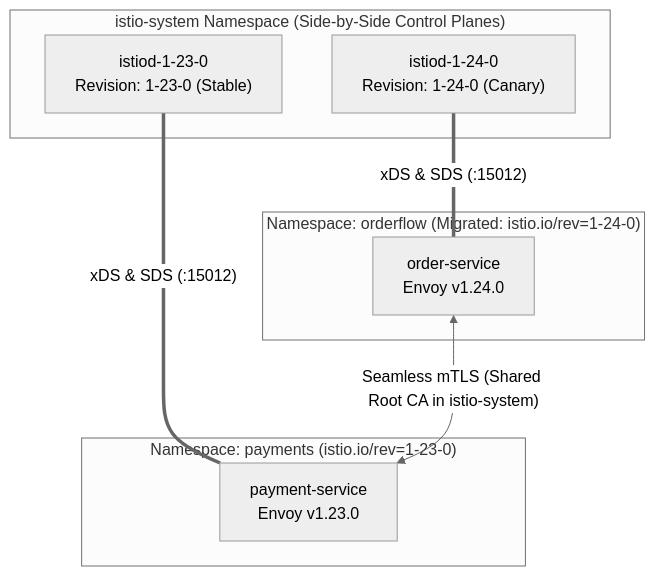
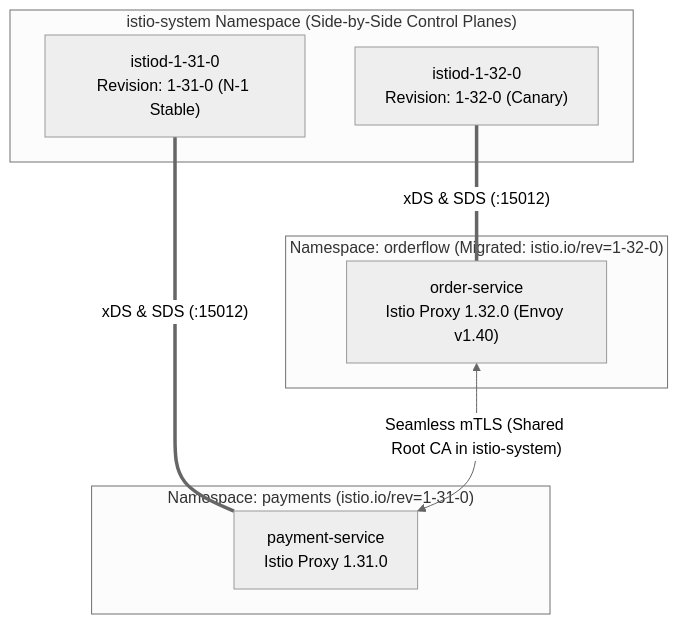
The third of 3 diagrams in 08-debugging-and-production-operations/README.md (chan3845/Istio), drawn with Mermaid (neutral theme) before and after one commit. The commit also changed other lines of this file and 42 other files, not shown here.

````diff
--- a/08-debugging-and-production-operations/README.md
+++ b/08-debugging-and-production-operations/README.md
@@ -262,19 +266,19 @@
 ```mermaid
 flowchart TB
     subgraph CP["istio-system Namespace (Side-by-Side Control Planes)"]
-        IstiodOld["istiod-1-23-0<br/>Revision: 1-23-0 (Stable)"]
-        IstiodNew["istiod-1-24-0<br/>Revision: 1-24-0 (Canary)"]
+        IstiodOld["istiod-1-31-0<br/>Revision: 1-31-0 (N-1 Stable)"]
+        IstiodNew["istiod-1-32-0<br/>Revision: 1-32-0 (Canary)"]
     end
 
-    subgraph NS_Payments["Namespace: payments (istio.io/rev=1-23-0)"]
-        PayPod["payment-service<br/>Envoy v1.23.0"]
+    subgraph NS_Payments["Namespace: payments (istio.io/rev=1-31-0)"]
+        PayPod["payment-service<br/>Istio Proxy 1.31.0"]
     end
 
-    subgraph NS_Orders["Namespace: orderflow (Migrated: istio.io/rev=1-24-0)"]
-        OrdPod["order-service<br/>Envoy v1.24.0"]
+    subgraph NS_Orders["Namespace: orderflow (Migrated: istio.io/rev=1-32-0)"]
+        OrdPod["order-service<br/>Istio Proxy 1.32.0 (Envoy v1.40)"]
     end
 
     IstiodOld ===|"xDS & SDS (:15012)"| PayPod
     IstiodNew ===|"xDS & SDS (:15012)"| OrdPod
     OrdPod <-->|"Seamless mTLS (Shared Root CA in istio-system)"| PayPod
 ```
````
